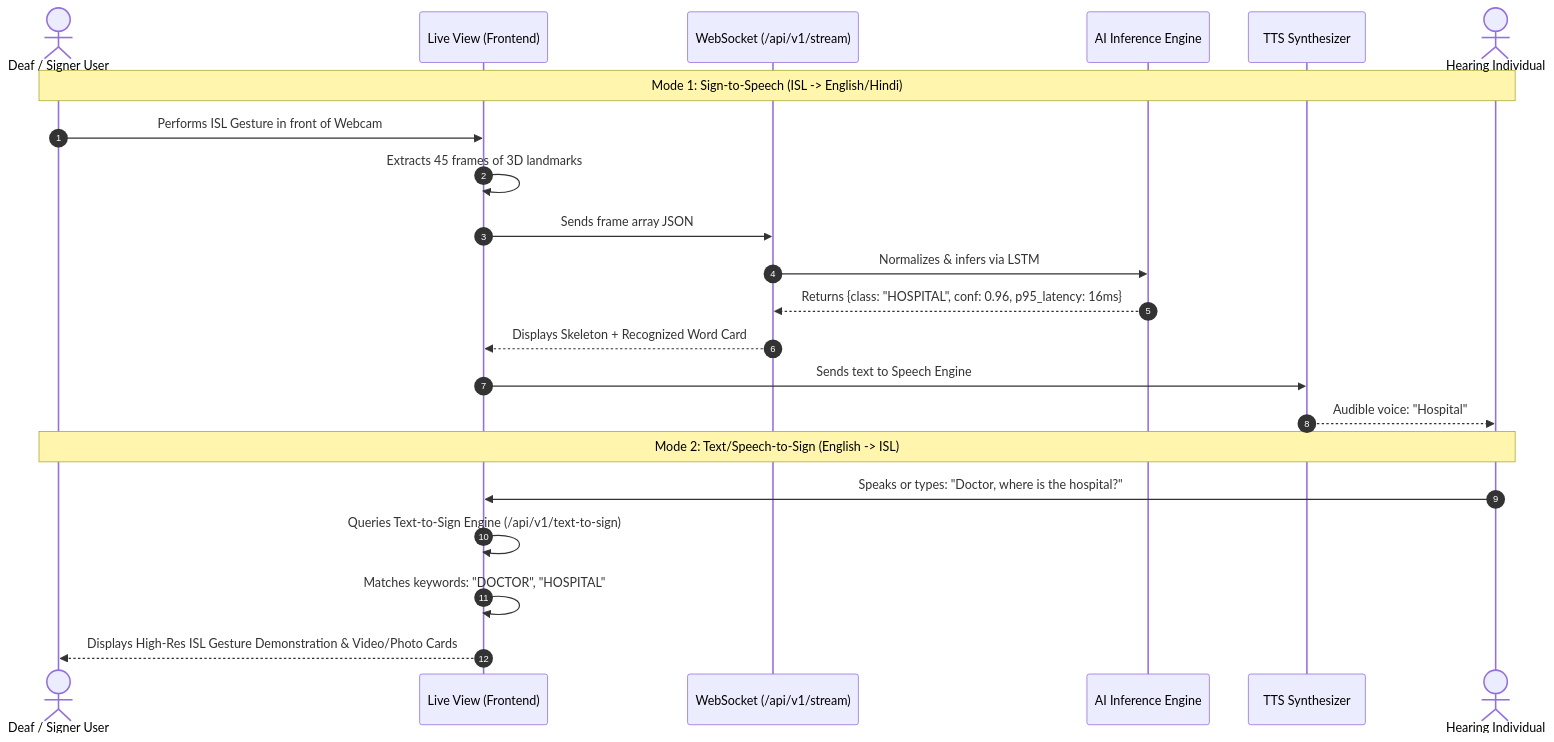
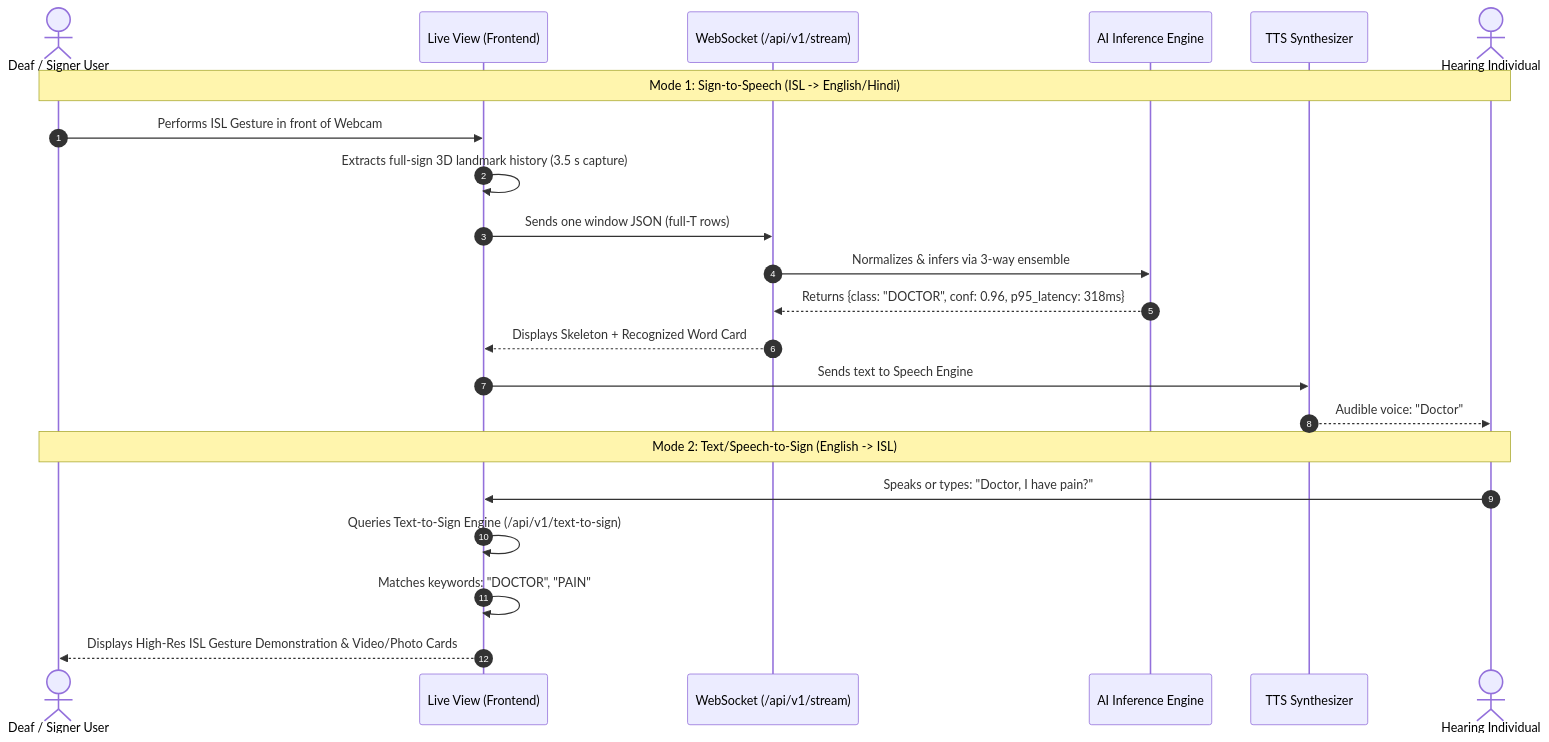
The second of 2 diagrams in report.md (deepakrajjs-29/SignBridge-AI), drawn with Mermaid before and after one commit. The commit also changed other lines of this file and 189 other files, not shown here.

````diff
--- a/report.md
+++ b/report.md
@@ -223,26 +226,26 @@
 ```mermaid
 sequenceDiagram
     autonumber
     actor Signer as Deaf / Signer User
     participant LiveUI as Live View (Frontend)
     participant WS as WebSocket (/api/v1/stream)
     participant Engine as AI Inference Engine
     participant TTS as TTS Synthesizer
     actor Hearing as Hearing Individual
 
     Note over Signer, Hearing: Mode 1: Sign-to-Speech (ISL -> English/Hindi)
     Signer->>LiveUI: Performs ISL Gesture in front of Webcam
-    LiveUI->>LiveUI: Extracts 45 frames of 3D landmarks
-    LiveUI->>WS: Sends frame array JSON
-    WS->>Engine: Normalizes & infers via LSTM
-    Engine-->>WS: Returns {class: "HOSPITAL", conf: 0.96, p95_latency: 16ms}
+    LiveUI->>LiveUI: Extracts full-sign 3D landmark history (3.5 s capture)
+    LiveUI->>WS: Sends one window JSON (full-T rows)
+    WS->>Engine: Normalizes & infers via 3-way ensemble
+    Engine-->>WS: Returns {class: "DOCTOR", conf: 0.96, p95_latency: 318ms}
     WS-->>LiveUI: Displays Skeleton + Recognized Word Card
     LiveUI->>TTS: Sends text to Speech Engine
-    TTS-->>Hearing: Audible voice: "Hospital"
+    TTS-->>Hearing: Audible voice: "Doctor"
 
     Note over Hearing, Signer: Mode 2: Text/Speech-to-Sign (English -> ISL)
-    Hearing->>LiveUI: Speaks or types: "Doctor, where is the hospital?"
+    Hearing->>LiveUI: Speaks or types: "Doctor, I have pain?"
     LiveUI->>LiveUI: Queries Text-to-Sign Engine (/api/v1/text-to-sign)
-    LiveUI->>LiveUI: Matches keywords: "DOCTOR", "HOSPITAL"
+    LiveUI->>LiveUI: Matches keywords: "DOCTOR", "PAIN"
     LiveUI-->>Signer: Displays High-Res ISL Gesture Demonstration & Video/Photo Cards
 ```
````
